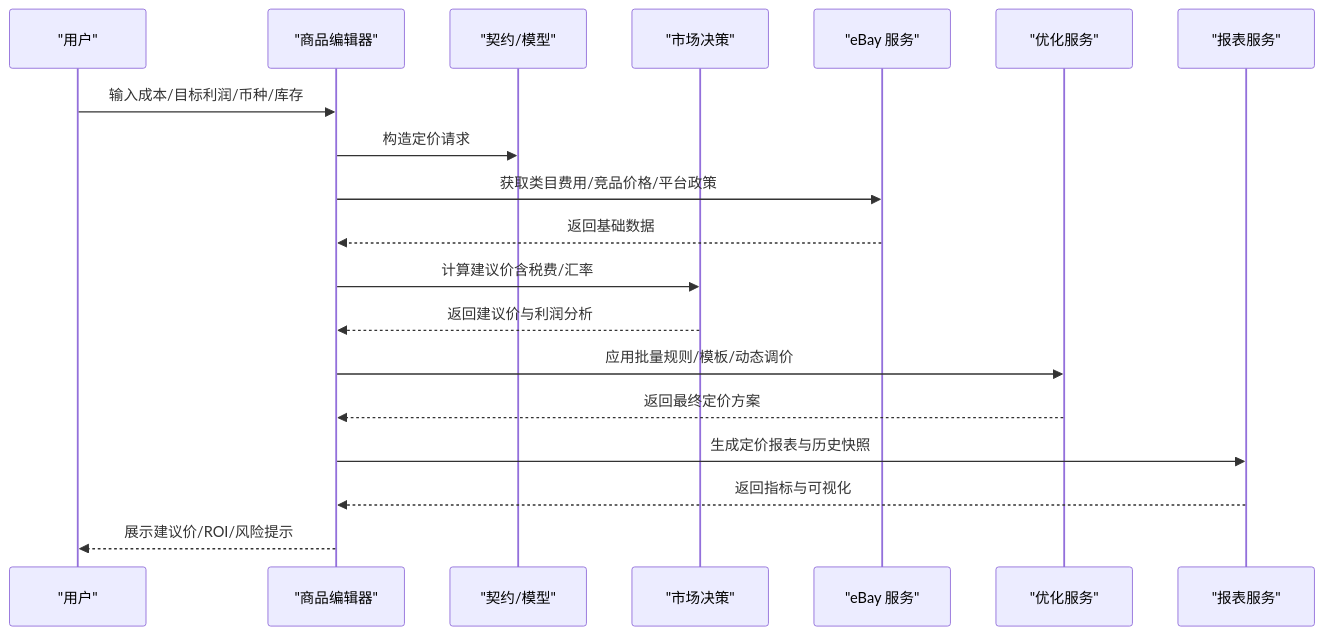
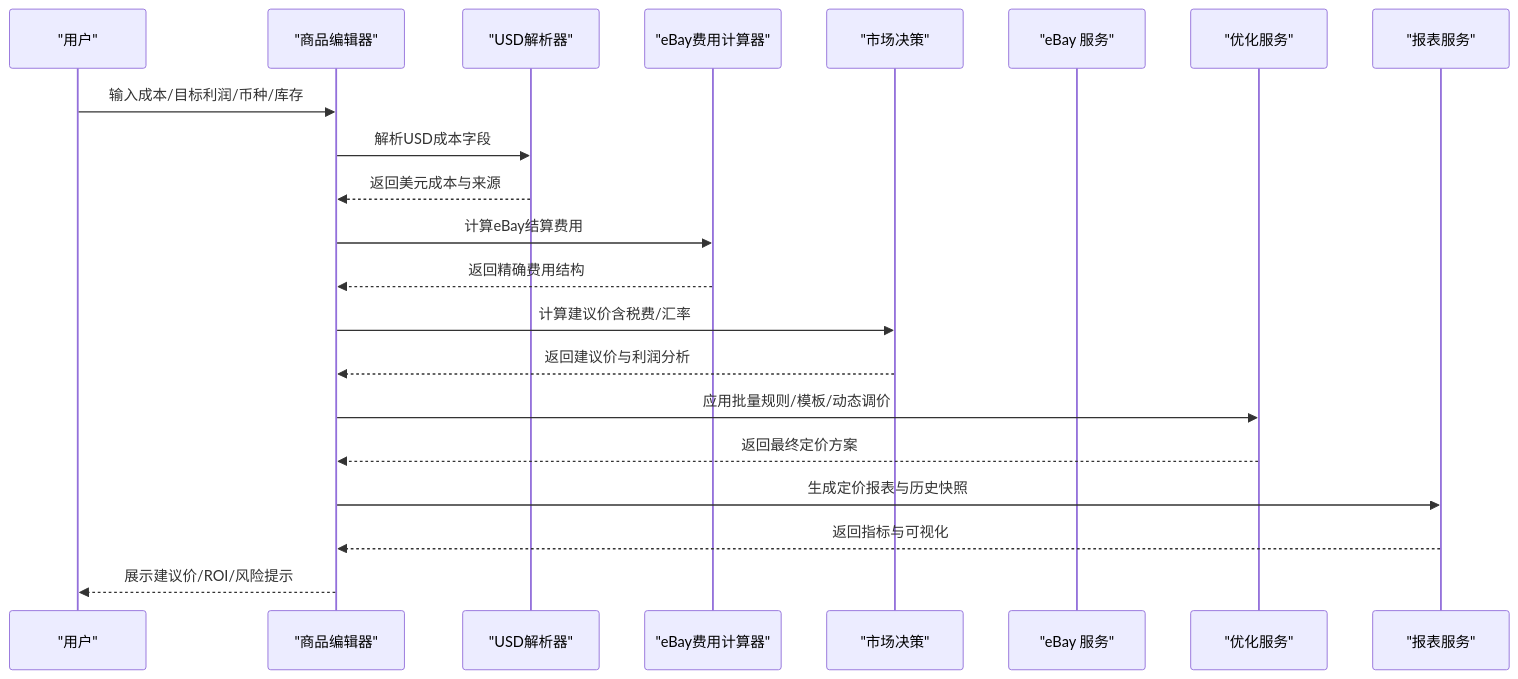
One commit to iljahofbauer219-lang/yandu changed the second of 5 diagrams in .qoder/repowiki/zh/content/系统架构/渲染进程架构/Ebay本地商品编辑器/定价计算引擎.md. Above: the diagram before and after it, drawn with Mermaid. The commit also changed other lines of this file and 22 other files, not shown here.

````diff
--- a/.qoder/repowiki/zh/content/系统架构/渲染进程架构/Ebay本地商品编辑器/定价计算引擎.md
+++ b/.qoder/repowiki/zh/content/系统架构/渲染进程架构/Ebay本地商品编辑器/定价计算引擎.md
@@ -103,21 +103,23 @@
 ```mermaid
 sequenceDiagram
 participant U as "用户"
 participant E as "商品编辑器"
-participant C as "契约/模型"
+participant P as "USD解析器"
+participant C as "eBay费用计算器"
 participant M as "市场决策"
 participant S as "eBay 服务"
 participant O as "优化服务"
 participant R as "报表服务"
 U->>E : 输入成本/目标利润/币种/库存
-E->>C : 构造定价请求
-E->>S : 获取类目费用/竞品价格/平台政策
-S-->>E : 返回基础数据
+E->>P : 解析USD成本字段
+P-->>E : 返回美元成本与来源
+E->>C : 计算eBay结算费用
+C-->>E : 返回精确费用结构
 E->>M : 计算建议价含税费/汇率
 M-->>E : 返回建议价与利润分析
 E->>O : 应用批量规则/模板/动态调价
 O-->>E : 返回最终定价方案
 E->>R : 生成定价报表与历史快照
 R-->>E : 返回指标与可视化
 E-->>U : 展示建议价/ROI/风险提示
 ```
````
